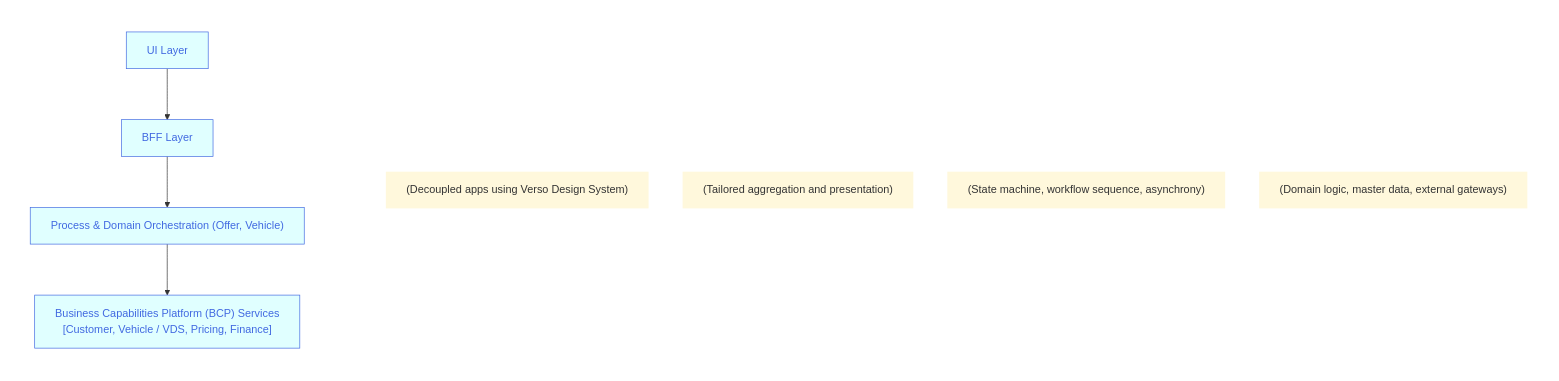
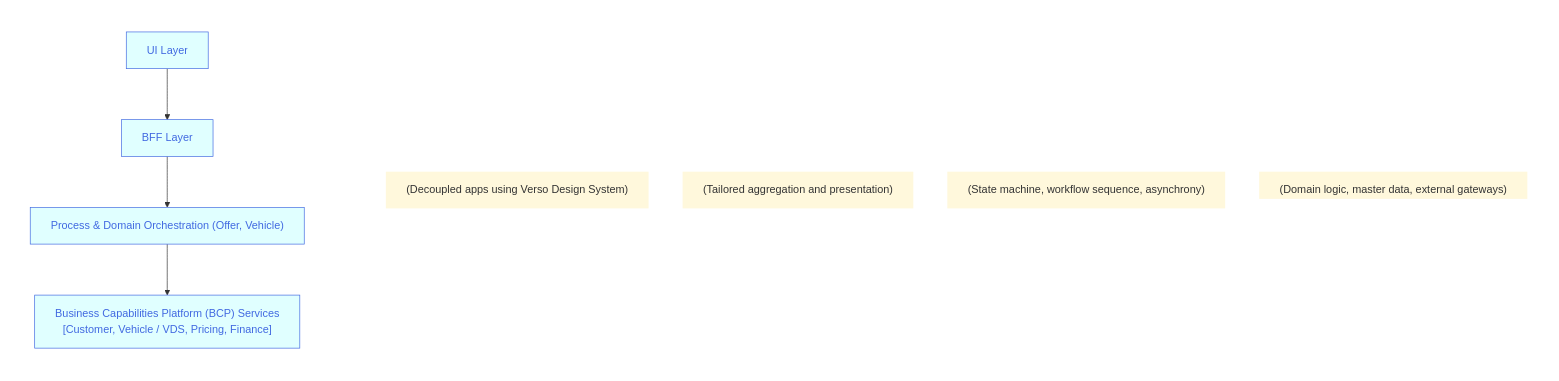
Before and after one commit to joe-dorward/samples: the diagram in buttons_mermaid_v3.md, drawn with Mermaid.

````diff
--- a/buttons_mermaid_v3.md
+++ b/buttons_mermaid_v3.md
@@ -3,50 +3,50 @@
 ```mermaid
   %%{
     init: {
       "flowchart": { "markdownAutoWrap":"false", "textWrap":"false", "wrappingWidth": "100%" }
     }
   }%%
   flowchart LR
 
   classDef Button fill:lightcyan, stroke:royalblue, color:royalblue;
   classDef Note fill:cornsilk, stroke:transparent;
   %% ---------- ---------- ---------- ---------- ---------- ---------- ---------- ---------- ---------- ----------
   subgraph BUTTONS
     direction TD
 
     BUTTON_01["UI Layer"]:::Button
     click BUTTON_01 "https://en.wikipedia.org/wiki/Main_Page" _blank
 
     BUTTON_02["BFF Layer"]:::Button
     click BUTTON_02 "https://en.wikipedia.org/wiki/Main_Page" _blank
 
     BUTTON_03["Process & Domain Orchestration (Offer, Vehicle)"]:::Button
     click BUTTON_03 "https://en.wikipedia.org/wiki/Main_Page" _blank
 
     BUTTON_04["Business Capabilities Platform (BCP) Services<br/>[Customer, Vehicle / VDS, Pricing, Finance]"]:::Button
     click BUTTON_04 "https://en.wikipedia.org/wiki/Main_Page" _blank
   end
 
   %% ---------- ---------- ---------- ---------- ---------- ---------- ---------- ---------- ---------- ----------
   subgraph NOTES
     direction TD
     BUTTON_01_NOTE["(Decoupled apps using Verso Design System)"]:::Note
     BUTTON_02_NOTE["(Tailored aggregation and presentation)"]:::Note
     BUTTON_03_NOTE["(State machine, workflow sequence, asynchrony)"]:::Note
     BUTTON_04_NOTE["(Domain logic, master data, external gateways)"]:::Note
   end
   %% ---------- ---------- ---------- ---------- ---------- ---------- ---------- ---------- ---------- ----------
   %% invisibly connect BUTTONS (sub-graph) to NOTES (sub-graph)
   BUTTONS~~~
   NOTES
   %% ---------- ---------- ---------- ---------- ---------- ---------- ---------- ---------- ---------- ----------
   %% connect buttons
   BUTTON_01-->
   BUTTON_02-->
   BUTTON_03-->
   BUTTON_04
   %% ---------- ---------- ---------- ---------- ---------- ---------- ---------- ---------- ---------- ----------
   style BUTTONS fill:transparent,color:white,stroke-width:0px
   style NOTES fill:transparent,color:white,stroke-width:0px
-
+  style BUTTON_04_NOTE height:40px;
 ```
````
